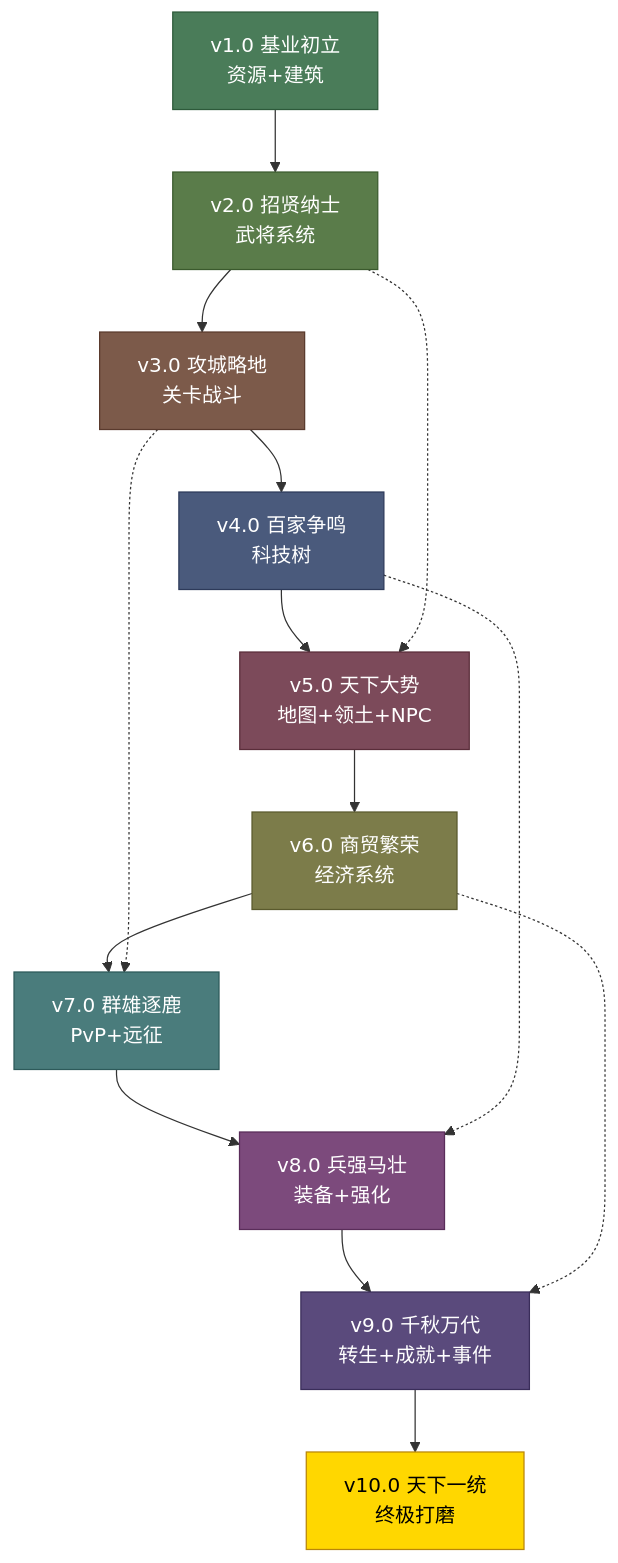
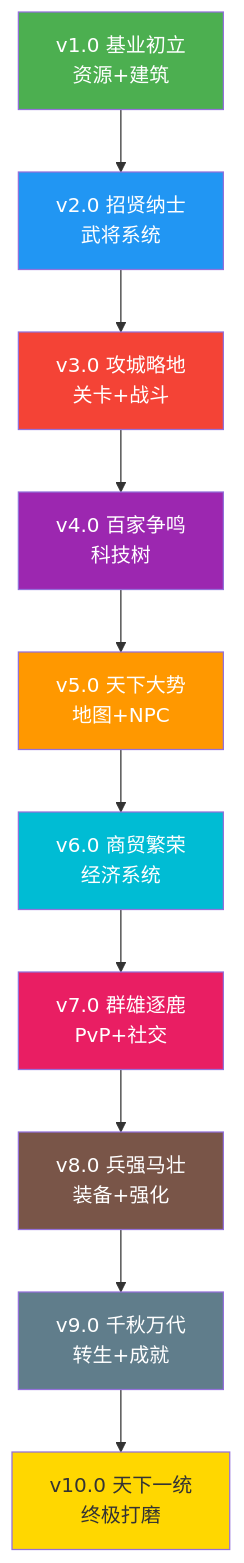
One commit to CodeRudder/game-portal changed the diagram in docs/games/three-kingdoms/plans/00-VERSION-ROADMAP.md. Above: the diagram before and after it, drawn with Mermaid. The commit also changed other lines of this file and 10 other files, not shown here.

Commit message:
docs: 三国霸业10版本开发路线图 v1.0-v10.0 (含v1.0详细计划)

````diff
--- a/docs/games/three-kingdoms/plans/00-VERSION-ROADMAP.md
+++ b/docs/games/three-kingdoms/plans/00-VERSION-ROADMAP.md
@@ -31,39 +47,23 @@
 ```mermaid
 graph TD
-    V10["v10.0 天下一统<br/>终极打磨"]
-    V9["v9.0 千秋万代<br/>转生+成就+事件"]
-    V8["v8.0 兵强马壮<br/>装备+强化"]
-    V7["v7.0 群雄逐鹿<br/>PvP+远征"]
-    V6["v6.0 商贸繁荣<br/>经济系统"]
-    V5["v5.0 天下大势<br/>地图+领土+NPC"]
-    V4["v4.0 百家争鸣<br/>科技树"]
-    V3["v3.0 攻城略地<br/>关卡战斗"]
-    V2["v2.0 招贤纳士<br/>武将系统"]
-    V1["v1.0 基业初立<br/>资源+建筑"]
-
-    V1 --> V2
-    V2 --> V3
-    V3 --> V4
-    V4 --> V5
-    V5 --> V6
-    V6 --> V7
-    V7 --> V8
-    V8 --> V9
-    V9 --> V10
-
-    V2 -.-> V5
-    V3 -.-> V7
-    V4 -.-> V8
-    V6 -.-> V9
-
-    style V1 fill:#4a7c59,stroke:#2d5a3a,color:#fff
-    style V2 fill:#5a7c4a,stroke:#3a5a2d,color:#fff
-    style V3 fill:#7c5a4a,stroke:#5a3a2d,color:#fff
-    style V4 fill:#4a5a7c,stroke:#2d3a5a,color:#fff
-    style V5 fill:#7c4a5a,stroke:#5a2d3a,color:#fff
-    style V6 fill:#7c7c4a,stroke:#5a5a2d,color:#fff
-    style V7 fill:#4a7c7c,stroke:#2d5a5a,color:#fff
-    style V8 fill:#7c4a7c,stroke:#5a2d5a,color:#fff
-    style V9 fill:#5a4a7c,stroke:#3a2d5a,color:#fff
-    style V10 fill:#ffd700,stroke:#b8860b,color:#000
+    V1[v1.0 基业初立<br/>资源+建筑] --> V2[v2.0 招贤纳士<br/>武将系统]
+    V2 --> V3[v3.0 攻城略地<br/>关卡+战斗]
+    V3 --> V4[v4.0 百家争鸣<br/>科技树]
+    V4 --> V5[v5.0 天下大势<br/>地图+NPC]
+    V5 --> V6[v6.0 商贸繁荣<br/>经济系统]
+    V6 --> V7[v7.0 群雄逐鹿<br/>PvP+社交]
+    V7 --> V8[v8.0 兵强马壮<br/>装备+强化]
+    V8 --> V9[v9.0 千秋万代<br/>转生+成就]
+    V9 --> V10[v10.0 天下一统<br/>终极打磨]
+    
+    style V1 fill:#4CAF50,color:#fff
+    style V2 fill:#2196F3,color:#fff
+    style V3 fill:#F44336,color:#fff
+    style V4 fill:#9C27B0,color:#fff
+    style V5 fill:#FF9800,color:#fff
+    style V6 fill:#00BCD4,color:#fff
+    style V7 fill:#E91E63,color:#fff
+    style V8 fill:#795548,color:#fff
+    style V9 fill:#607D8B,color:#fff
+    style V10 fill:#FFD700,color:#333
 ```
````
